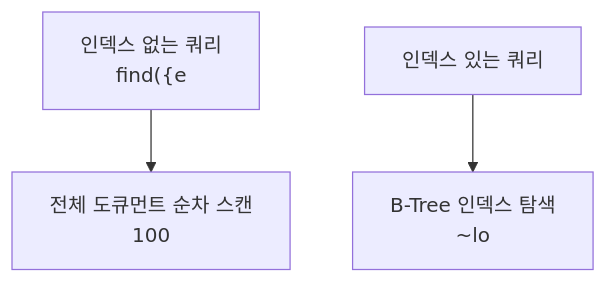
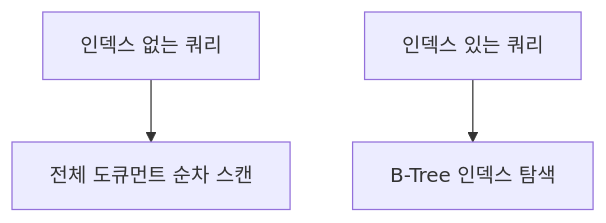
One commit to yjkim2015/yjkim2015.github.io changed the third of 7 diagrams in _posts/nosql/2026-05-02-mongodb-deep.md. Above: the diagram before and after it, drawn with Mermaid. The commit also changed other lines of this file and 217 other files, not shown here.

First line of the commit message:
Mermaid 크기 수정: useMaxWidth:true + SVG max-width:100% + 라벨 축소

````diff
--- a/_posts/nosql/2026-05-02-mongodb-deep.md
+++ b/_posts/nosql/2026-05-02-mongodb-deep.md
@@ -196,7 +196,7 @@
 ```mermaid
 graph TD
-    Without["인덱스 없는 쿼리\nfind({e"]
-    Without --> Scan["전체 도큐먼트 순차 스캔\n100"]
+    Without["인덱스 없는 쿼리"]
+    Without --> Scan["전체 도큐먼트 순차 스캔"]
     With["인덱스 있는 쿼리"]
-    With --> Index["B-Tree 인덱스 탐색\n~lo"]
+    With --> Index["B-Tree 인덱스 탐색"]
 ```
````
